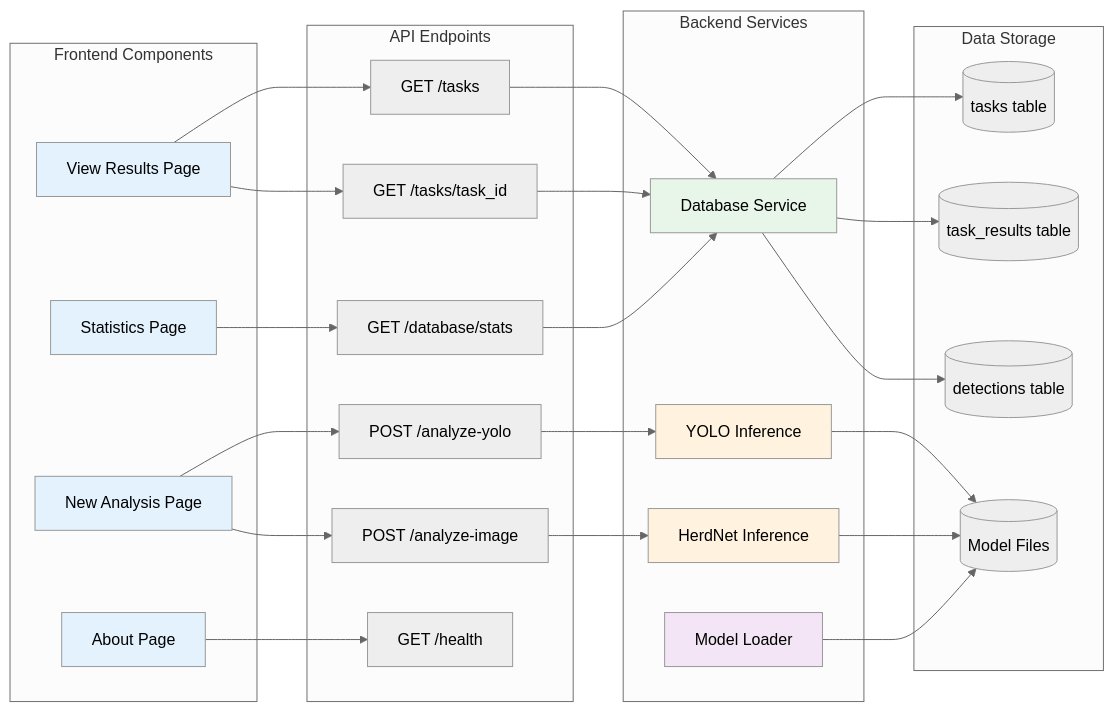
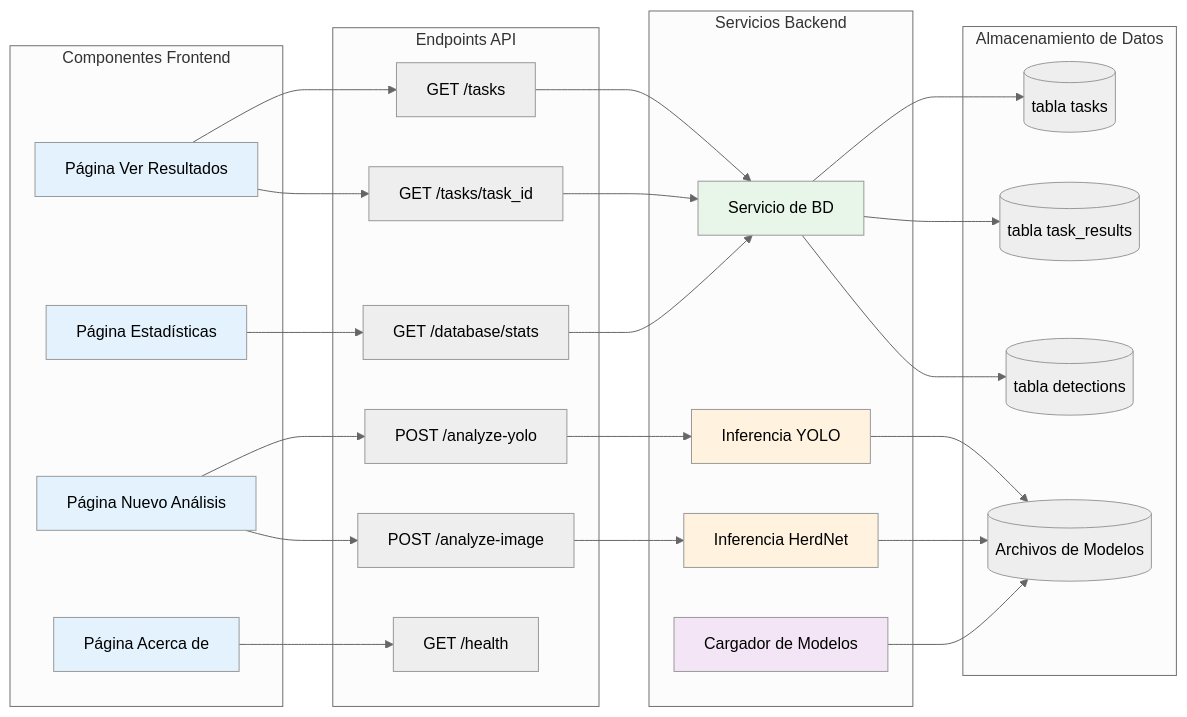
Before and after one commit to marioguaqueta/maia-back-proyecto: the fourth of 7 diagrams in ARCHITECTURE_DIAGRAM.md, drawn with Mermaid (neutral theme). The commit also changed other lines of this file and 5 other files, not shown here.

````diff
--- a/ARCHITECTURE_DIAGRAM.md
+++ b/ARCHITECTURE_DIAGRAM.md
@@ -153,61 +153,61 @@
 ```mermaid
 graph LR
-    subgraph "Frontend Components"
-        UI1[New Analysis Page]
-        UI2[View Results Page]
-        UI3[Statistics Page]
-        UI4[About Page]
+    subgraph "Componentes Frontend"
+        UI1[Página Nuevo Análisis]
+        UI2[Página Ver Resultados]
+        UI3[Página Estadísticas]
+        UI4[Página Acerca de]
     end
     
-    subgraph "API Endpoints"
+    subgraph "Endpoints API"
         EP1[POST /analyze-yolo]
         EP2[POST /analyze-image]
         EP3[GET /tasks]
         EP4[GET /tasks/task_id]
         EP5[GET /database/stats]
         EP6[GET /health]
     end
     
-    subgraph "Backend Services"
-        Service1[YOLO Inference]
-        Service2[HerdNet Inference]
-        Service3[Database Service]
-        Service4[Model Loader]
+    subgraph "Servicios Backend"
+        Service1[Inferencia YOLO]
+        Service2[Inferencia HerdNet]
+        Service3[Servicio de BD]
+        Service4[Cargador de Modelos]
     end
     
-    subgraph "Data Storage"
-        DB1[(tasks table)]
-        DB2[(task_results table)]
-        DB3[(detections table)]
-        Files[(Model Files)]
+    subgraph "Almacenamiento de Datos"
+        DB1[(tabla tasks)]
+        DB2[(tabla task_results)]
+        DB3[(tabla detections)]
+        Files[(Archivos de Modelos)]
     end
     
     UI1 --> EP1
     UI1 --> EP2
     UI2 --> EP3
     UI2 --> EP4
     UI3 --> EP5
     UI4 --> EP6
     
     EP1 --> Service1
     EP2 --> Service2
     EP3 --> Service3
     EP4 --> Service3
     EP5 --> Service3
     
     Service1 --> Files
     Service2 --> Files
     Service3 --> DB1
     Service3 --> DB2
     Service3 --> DB3
     Service4 --> Files
     
     style UI1 fill:#e3f2fd
     style UI2 fill:#e3f2fd
     style UI3 fill:#e3f2fd
     style UI4 fill:#e3f2fd
     style Service1 fill:#fff3e0
     style Service2 fill:#fff3e0
     style Service3 fill:#e8f5e9
     style Service4 fill:#f3e5f5
 ```
````
